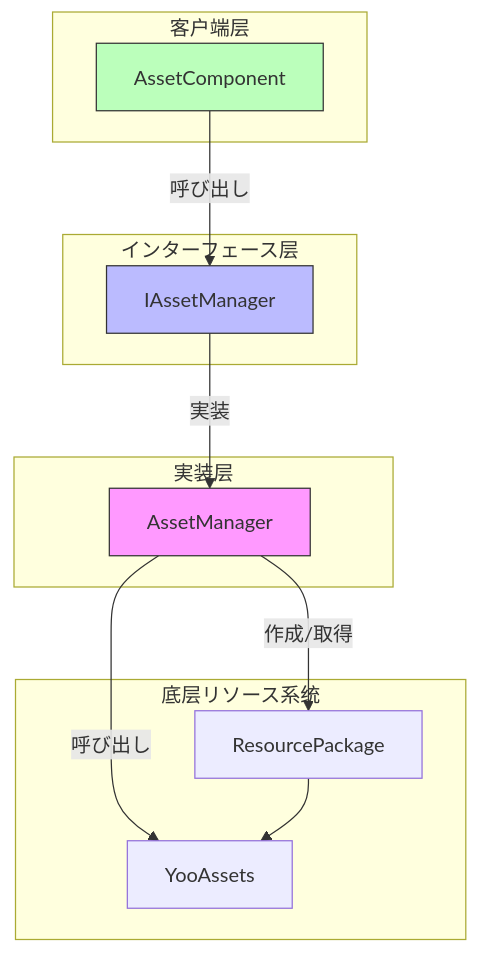
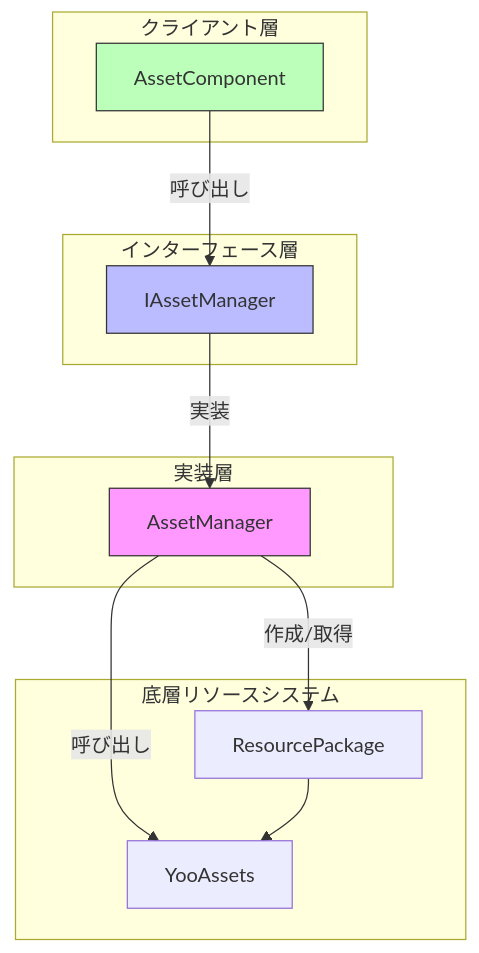
Before and after one commit to AlianBlank/GameFrameX.Docs: the first of 2 diagrams in docs/ja/client/unity/component/asset/12.package-management.md, drawn with Mermaid. The commit also changed other lines of this file and 320 other files, not shown here.

````diff
--- a/docs/ja/client/unity/component/asset/12.package-management.md
+++ b/docs/ja/client/unity/component/asset/12.package-management.md
@@ -22,29 +22,29 @@
 ```mermaid
 flowchart TD
-    subgraph Client["客户端层"]
+    subgraph Client["クライアント層"]
         AC[AssetComponent]
     end
 
-    subgraph Interface["インターフェース层"]
+    subgraph Interface["インターフェース層"]
         IAM[IAssetManager]
     end
 
-    subgraph Implementation["実装层"]
+    subgraph Implementation["実装層"]
         AM[AssetManager]
     end
 
-    subgraph YooAssets["底层リソース系统"]
+    subgraph YooAssets["底層リソースシステム"]
         RP[ResourcePackage]
         YA[YooAssets]
     end
 
     AC -->|呼び出し| IAM
     IAM -->|実装| AM
     AM -->|作成/取得| RP
     AM -->|呼び出し| YA
     RP --> YA
 
     style AM fill:#f9f,stroke:#333
     style IAM fill:#bbf,stroke:#333
     style AC fill:#bfb,stroke:#333
 ```
````
